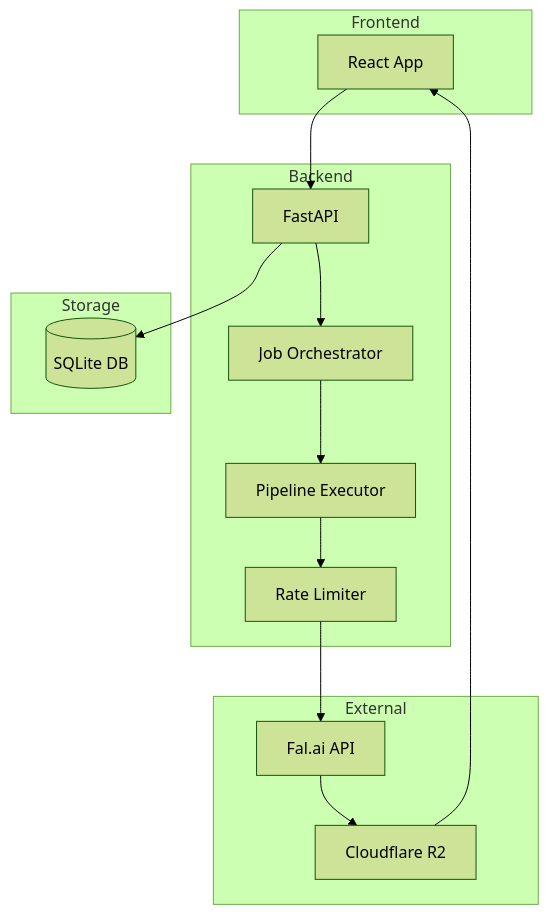
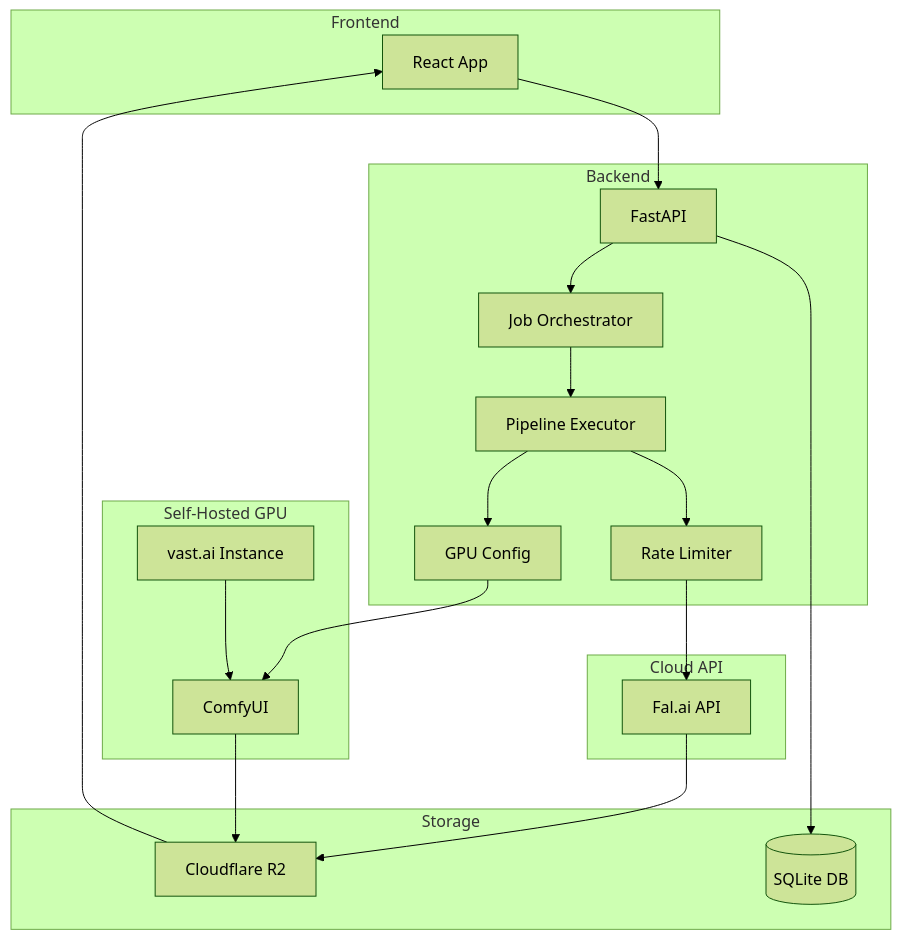
One commit to YallaPapi/i2v changed the diagram in docs/architecture/overview.md. Above: the diagram before and after it, drawn with Mermaid (forest theme). The commit also changed other lines of this file and 46 other files, not shown here.

First line of the commit message:
WIP: vast.ai GPU integration - SwarmUI focus

````diff
--- a/docs/architecture/overview.md
+++ b/docs/architecture/overview.md
@@ -5,31 +5,41 @@
 ```mermaid
 graph TB
     subgraph Frontend
         A[React App]
     end
 
     subgraph Backend
         B[FastAPI]
         C[Job Orchestrator]
         D[Pipeline Executor]
         E[Rate Limiter]
+        I[GPU Config]
     end
 
-    subgraph External
+    subgraph CloudAPI[Cloud API]
         F[Fal.ai API]
-        G[Cloudflare R2]
+    end
+
+    subgraph SelfHosted[Self-Hosted GPU]
+        J[vast.ai Instance]
+        K[ComfyUI]
     end
 
     subgraph Storage
+        G[Cloudflare R2]
         H[(SQLite DB)]
     end
 
     A --> B
     B --> C
     C --> D
     D --> E
     E --> F
+    D --> I
+    I --> K
+    J --> K
     F --> G
+    K --> G
     B --> H
     G --> A
 ```
````
